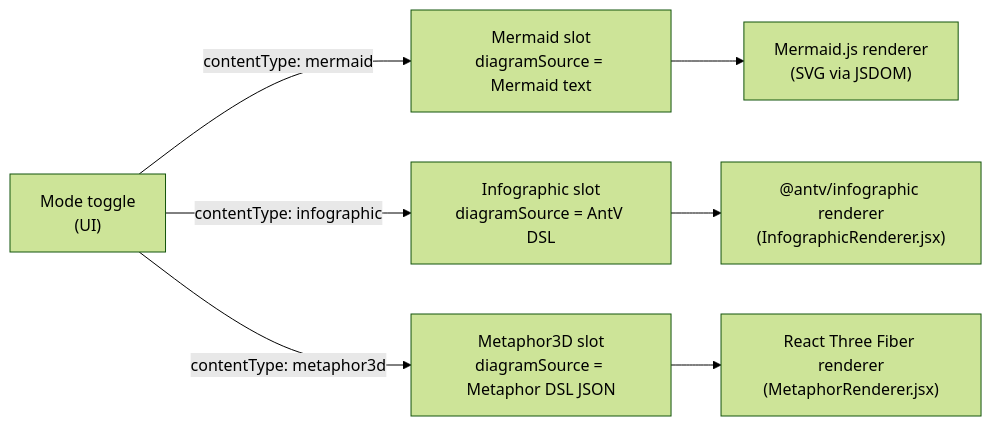
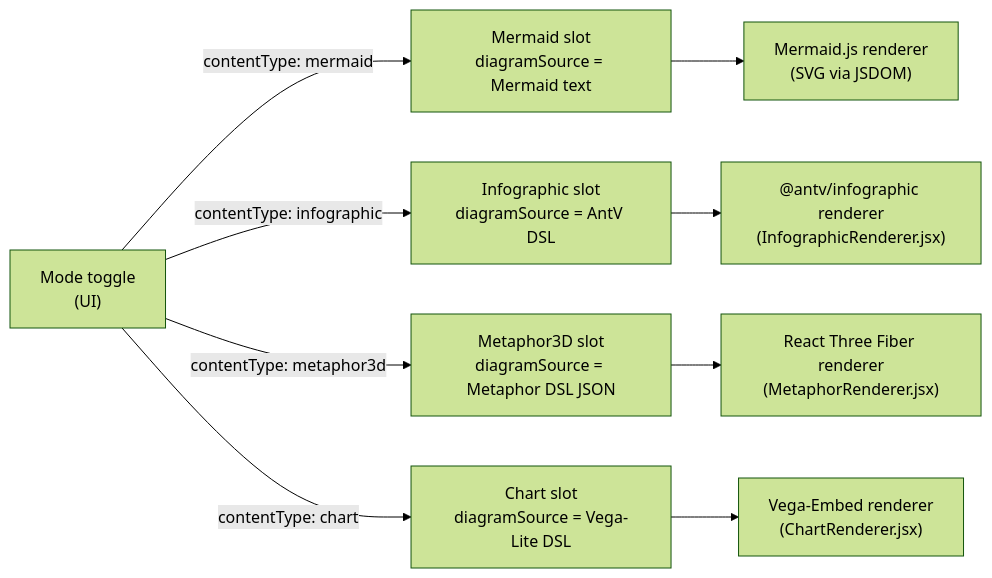
Before and after one commit to acuhlmann/mermaid-gen: the diagram in docs/guide/content-types.md, drawn with Mermaid (forest theme). The commit also changed other lines of this file and 24 other files, not shown here.

````diff
--- a/docs/guide/content-types.md
+++ b/docs/guide/content-types.md
@@ -3,9 +3,11 @@
 ```mermaid
 flowchart LR
   Toggle["Mode toggle\n(UI)"] -->|"contentType: mermaid"| MS["Mermaid slot\ndiagramSource = Mermaid text"]
   Toggle -->|"contentType: infographic"| IS["Infographic slot\ndiagramSource = AntV DSL"]
   Toggle -->|"contentType: metaphor3d"| ME["Metaphor3D slot\ndiagramSource = Metaphor DSL JSON"]
+  Toggle -->|"contentType: chart"| CS["Chart slot\ndiagramSource = Vega-Lite DSL"]
   MS --> MR["Mermaid.js renderer\n(SVG via JSDOM)"]
   IS --> IR["@antv/infographic renderer\n(InfographicRenderer.jsx)"]
   ME --> R3F["React Three Fiber renderer\n(MetaphorRenderer.jsx)"]
+  CS --> VR["Vega-Embed renderer\n(ChartRenderer.jsx)"]
 ```
````
